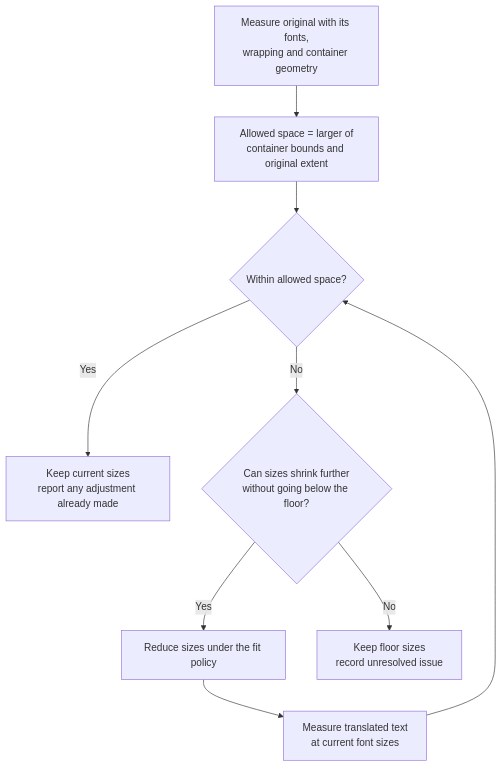
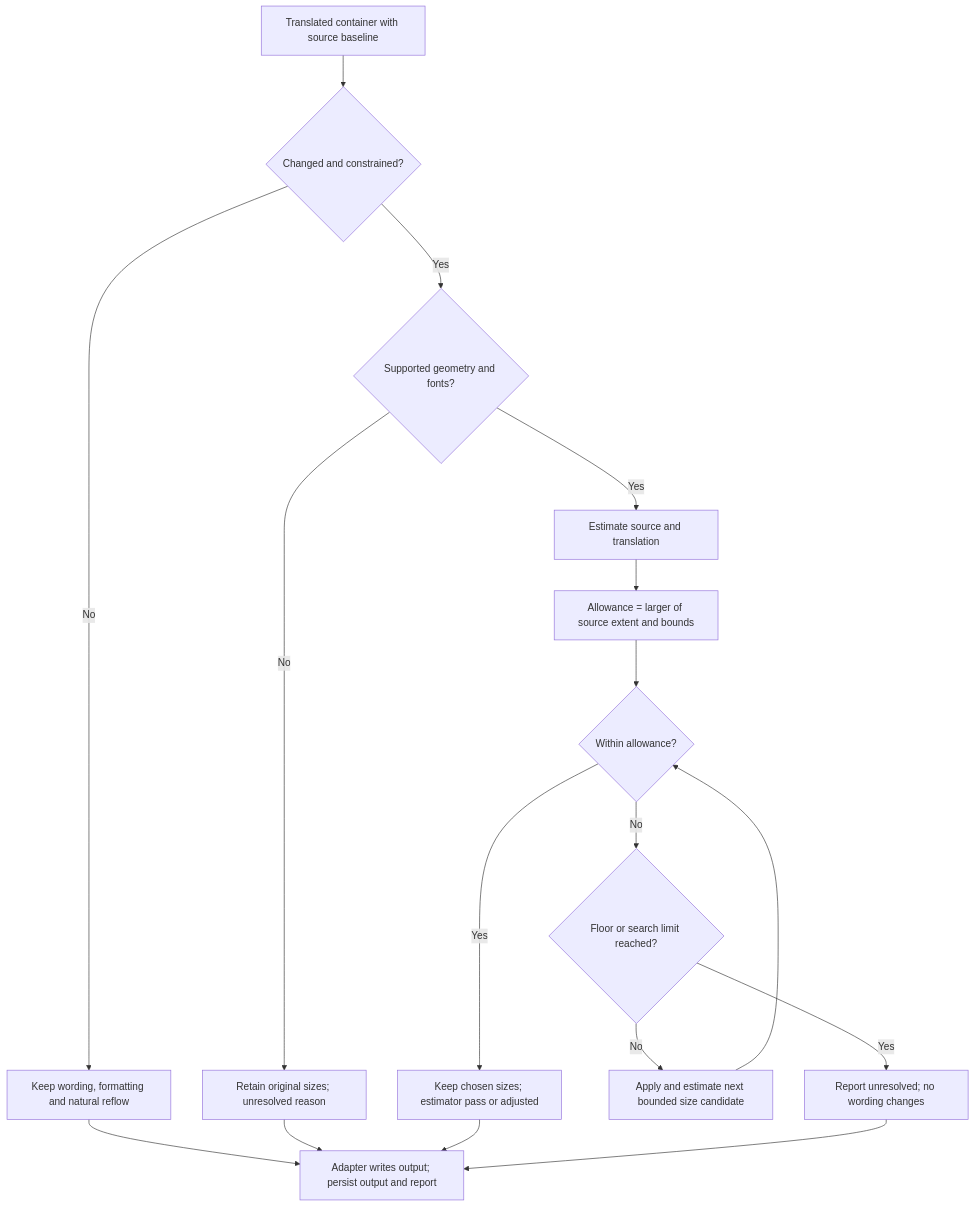
Diagram 12 of 18 in docs/Architecture.md (mlei06/document-translator), drawn with Mermaid before and after one commit. The commit also changed other lines of this file and 26 other files, not shown here.

````diff
--- a/docs/Architecture.md
+++ b/docs/Architecture.md
@@ -359,11 +425,19 @@
 ```mermaid
 flowchart TD
-    ORIGINAL["Measure original with its fonts,<br/>wrapping and container geometry"] --> ALLOW["Allowed space = larger of<br/>container bounds and original extent"]
-    TRANSLATED["Measure translated text<br/>at current font sizes"] --> CHECK{"Within allowed space?"}
-    ALLOW --> CHECK
-    CHECK -->|Yes| KEEP["Keep current sizes<br/>report any adjustment already made"]
-    CHECK -->|No| FLOOR{"Can sizes shrink further<br/>without going below the floor?"}
-    FLOOR -->|Yes| SHRINK["Reduce sizes under the fit policy"]
-    SHRINK --> TRANSLATED
-    FLOOR -->|No| ISSUE["Keep floor sizes<br/>record unresolved issue"]
+    INPUT["Translated container with source baseline"] --> NEED{"Changed and constrained?"}
+    NEED -->|No| KEEP["Keep wording, formatting and natural reflow"]
+    NEED -->|Yes| SUPPORT{"Supported geometry and fonts?"}
+    SUPPORT -->|No| UNKNOWN["Retain original sizes; unresolved reason"]
+    SUPPORT -->|Yes| MEASURE["Estimate source and translation"]
+    MEASURE --> ALLOW["Allowance = larger of source extent and bounds"]
+    ALLOW --> FIT{"Within allowance?"}
+    FIT -->|Yes| DONE["Keep chosen sizes; estimator pass or adjusted"]
+    FIT -->|No| LIMIT{"Floor or search limit reached?"}
+    LIMIT -->|No| SHRINK["Apply and estimate next bounded size candidate"]
+    SHRINK --> FIT
+    LIMIT -->|Yes| ISSUE["Report unresolved; no wording changes"]
+    KEEP --> WRITE["Adapter writes output; persist output and report"]
+    UNKNOWN --> WRITE
+    DONE --> WRITE
+    ISSUE --> WRITE
 ```
````
